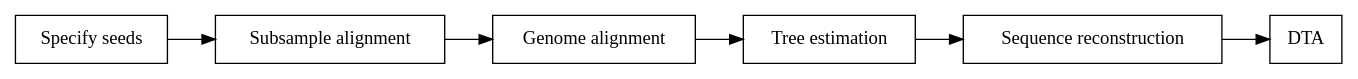
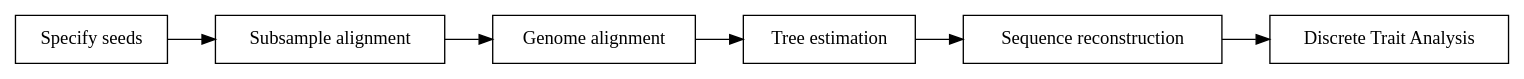
One commit to kraemer-lab/GRAPEVNE changed the diagram in docs/getting_started/tutorial-0intro.md. Above: the diagram before and after it, drawn with Graphviz. The commit also changed other lines of this file and 38 other files, not shown here.

````diff
--- a/docs/getting_started/tutorial-0intro.md
+++ b/docs/getting_started/tutorial-0intro.md
@@ -23,18 +23,18 @@
 ```{graphviz}
 :name: vocpl.workflow
 :caption: vocpl workflow
 :alt: alt
 :align: center
 digraph G {
     rankdir = LR;
     node [shape = box];
 
     n1 [label="Specify seeds"];
     n2 [label="Subsample alignment"];
     n3 [label="Genome alignment"];
     n4 [label="Tree estimation"];
     n5 [label="Sequence reconstruction"];
-    n6 [label="DTA"];
+    n6 [label="Discrete Trait Analysis"];
     n1 -> n2 -> n3 -> n4 -> n5 -> n6
 }
 ```
````
